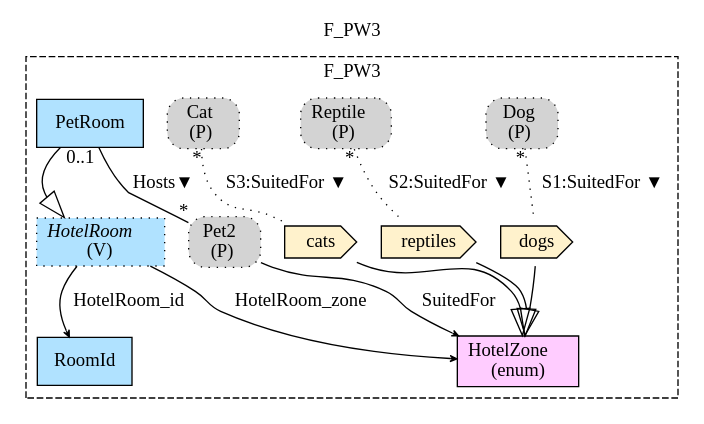
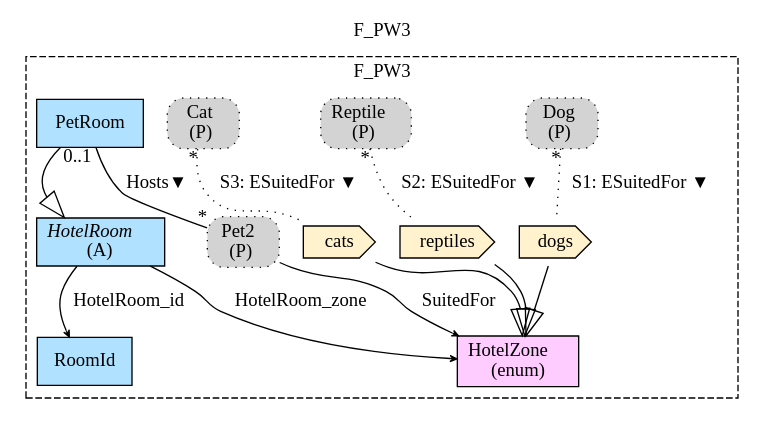
One commit to namalio/Fragmenta changed the diagram in Haskell/FragmentaTests/PetsWorld/img/F_PW3.gv. Above: the diagram before and after it, drawn with Graphviz. The commit also changed 36 other files, not shown here.

```diff
--- a/Haskell/FragmentaTests/PetsWorld/img/F_PW3.gv
+++ b/Haskell/FragmentaTests/PetsWorld/img/F_PW3.gv
@@ -1,32 +1,32 @@
 digraph {graph[label=F_PW3,labelloc=tl,labelfontsize=12];
 subgraph cluster_F_PW3{style=dashed;label=F_PW3;
 "PPet2"[shape=box,fillcolor=lightgray,style ="rounded,filled,dotted",label=<Pet2<br/>(P)>];
 "RoomId"[shape=record,fillcolor=lightskyblue1,style = filled,label="RoomId"];
 "HotelZone"[shape=record,fillcolor="#FFCCFF",style = filled,label="HotelZone\l(enum)"];
 "PDog"[shape=box,fillcolor=lightgray,style ="rounded,filled,dotted",label=<Dog<br/>(P)>];
 "dogs"[shape=cds,fillcolor="#FFF2CC",style = filled,label="dogs"];
 "PReptile"[shape=box,fillcolor=lightgray,style ="rounded,filled,dotted",label=<Reptile<br/>(P)>];
 "reptiles"[shape=cds,fillcolor="#FFF2CC",style = filled,label="reptiles"];
 "PCat"[shape=box,fillcolor=lightgray,style ="rounded,filled,dotted",label=<Cat<br/>(P)>];
 "cats"[shape=cds,fillcolor="#FFF2CC",style = filled,label="cats"];
 "PetRoom"[shape=record,fillcolor=lightskyblue1,style = filled,label="PetRoom"];
-"HotelRoom"[shape=record,fillcolor=lightskyblue1,style ="filled,dotted",label=<{<I>HotelRoom</I><br/>(V)}>];
+"HotelRoom"[shape=record,fillcolor=lightskyblue1,style = filled,label=<{<I>HotelRoom</I><br/>(A)}>];
 
 "dogs"->"HotelZone"[arrowhead=onormal,arrowsize=2.0];
 "reptiles"->"HotelZone"[arrowhead=onormal,arrowsize=2.0];
 "cats"->"HotelZone"[arrowhead=onormal,arrowsize=2.0];
 "PetRoom"->"PPet2"[label="Hosts▼",dir=none,taillabel="0..1",headlabel="*"];
 "PPet2"->"HotelZone"[label="SuitedFor",arrowhead=vee,headlabel="",arrowsize=.5];
 "HotelRoom"->"RoomId"[label="HotelRoom_id",arrowhead=vee,headlabel="",arrowsize=.5];
 "HotelRoom"->"HotelZone"[label="HotelRoom_zone",arrowhead=vee,headlabel="",arrowsize=.5];
-"PDog"->"dogs"[label="S1:SuitedFor ▼",dir=none,taillabel="*",headlabel="",style=dotted];
-"PReptile"->"reptiles"[label="S2:SuitedFor ▼",dir=none,taillabel="*",headlabel="",style=dotted];
-"PCat"->"cats"[label="S3:SuitedFor ▼",dir=none,taillabel="*",headlabel="",style=dotted];
+"PDog"->"dogs"[label="S1: ESuitedFor ▼",dir=none,taillabel="*",headlabel="",style=dotted];
+"PReptile"->"reptiles"[label="S2: ESuitedFor ▼",dir=none,taillabel="*",headlabel="",style=dotted];
+"PCat"->"cats"[label="S3: ESuitedFor ▼",dir=none,taillabel="*",headlabel="",style=dotted];
 "PetRoom"->"HotelRoom"[arrowhead=onormal,arrowsize=2.0];
 
 }
 
 
 
 
 }
```
